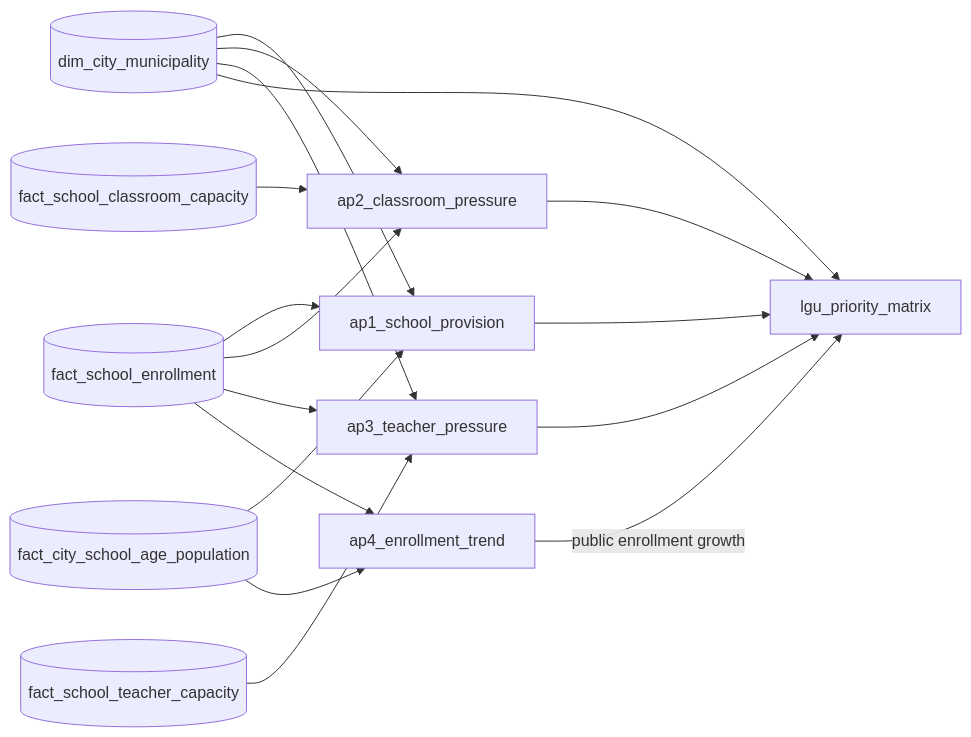
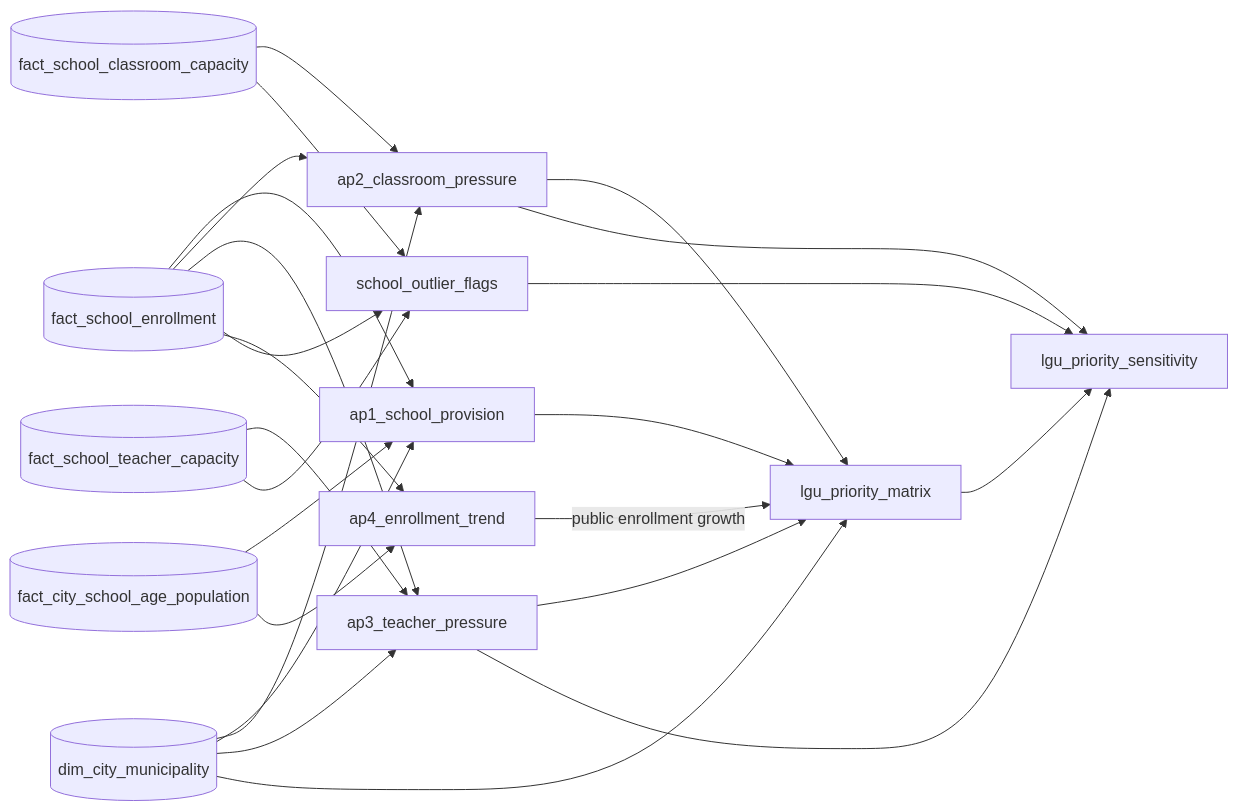
Before and after one commit to hyenalouise/edu-access-sandbox: the diagram in etl/06_analytics/README.md, drawn with Mermaid. The commit also changed other lines of this file and 2 other files, not shown here.

First line of the commit message:
Test the outlier flags and sensitivity, and document both tables

````diff
--- a/etl/06_analytics/README.md
+++ b/etl/06_analytics/README.md
@@ -7,12 +7,14 @@
 ```mermaid
 flowchart LR
     enroll[(fact_school_enrollment)] --> ap1 & ap2 & ap3 & ap4
     age[(fact_city_school_age_population)] --> ap1 & ap4
     rooms[(fact_school_classroom_capacity)] --> ap2
     teachers[(fact_school_teacher_capacity)] --> ap3
     city[(dim_city_municipality)] --> ap1 & ap2 & ap3 & matrix
     ap1[ap1_school_provision] --> matrix
     ap2[ap2_classroom_pressure] --> matrix
     ap3[ap3_teacher_pressure] --> matrix
     ap4[ap4_enrollment_trend] -->|public enrollment growth| matrix[lgu_priority_matrix]
+    enroll & rooms & teachers --> flags[school_outlier_flags]
+    flags & matrix & ap2 & ap3 --> sens[lgu_priority_sensitivity]
 ```
````
